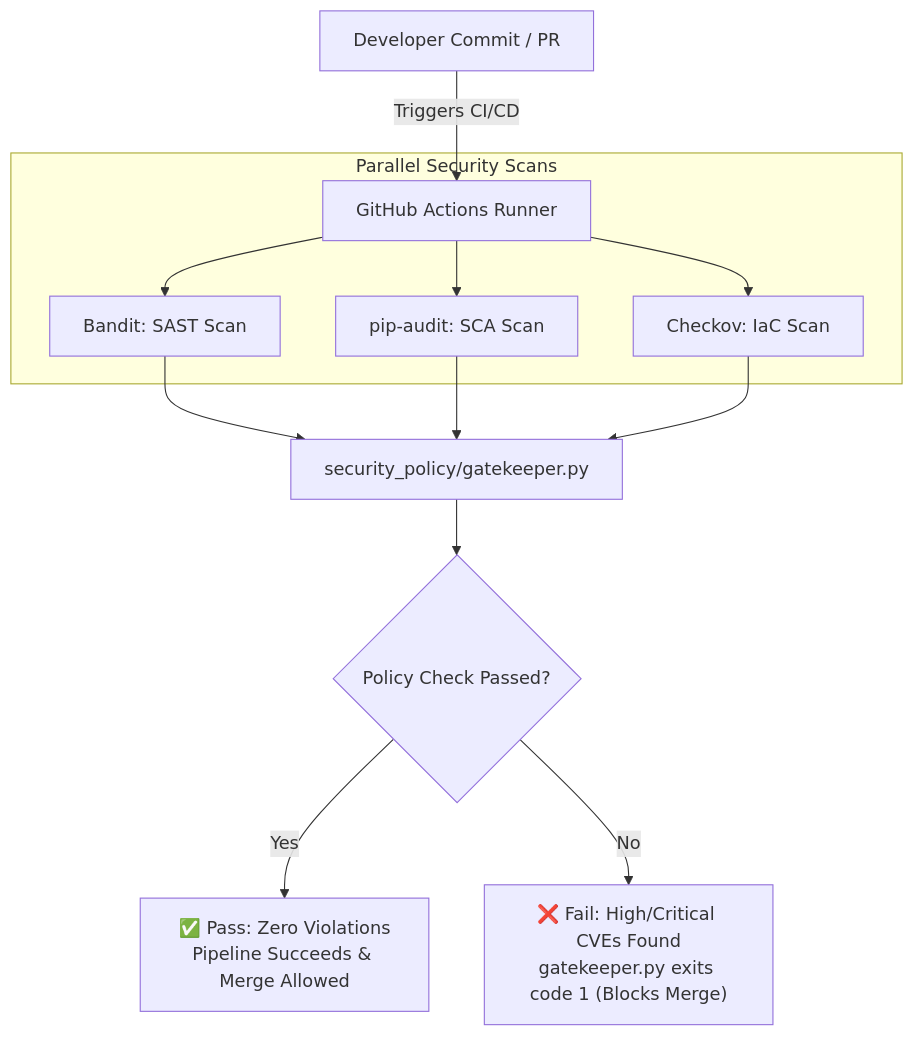
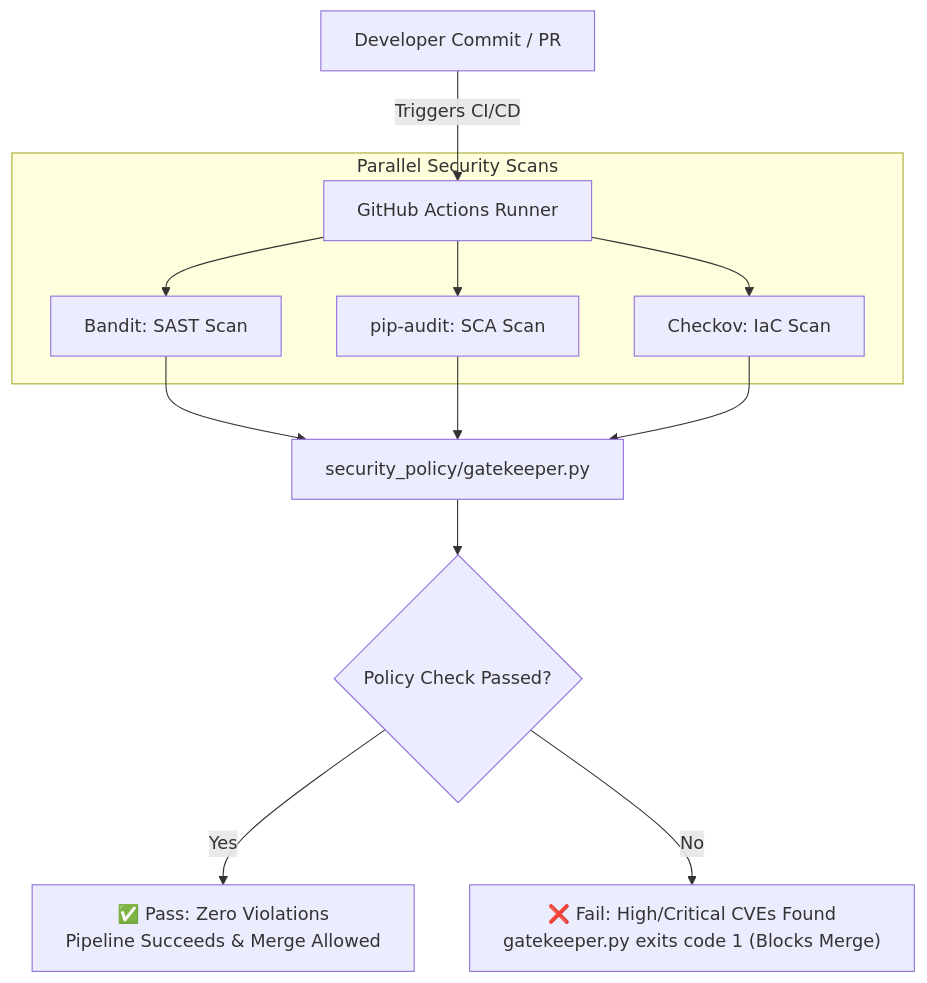
The diagram in README.md (rajeshgurindapalli15-crypto/devsecops-compliance-pipeline), drawn with Mermaid before and after one commit.

````diff
--- a/README.md
+++ b/README.md
@@ -16,19 +16,19 @@
 ```mermaid
 graph TD
     A[Developer Commit / PR] -->|Triggers CI/CD| B[GitHub Actions Runner]
     
     subgraph Parallel Security Scans
         B --> C[Bandit: SAST Scan]
         B --> D[pip-audit: SCA Scan]
         B --> E[Checkov: IaC Scan]
     end
     
     C --> F[security_policy/gatekeeper.py]
     D --> F
     E --> F
     
     F --> G{Policy Check Passed?}
     
-    G -->|Yes| I["✅ Pass: Zero Violations<br/>Pipeline Succeeds & Merge Allowed"]
-    G -->|No| H["❌ Fail: High/Critical CVEs Found<br/>gatekeeper.py exits code 1 (Blocks Merge)"]
+    G -->|Yes| I["✅&nbsp;Pass:&nbsp;Zero&nbsp;Violations<br/>Pipeline&nbsp;Succeeds&nbsp;&&nbsp;Merge&nbsp;Allowed"]
+    G -->|No| H["❌&nbsp;Fail:&nbsp;High/Critical&nbsp;CVEs&nbsp;Found<br/>gatekeeper.py&nbsp;exits&nbsp;code&nbsp;1&nbsp;(Blocks&nbsp;Merge)"]
 ```
````
